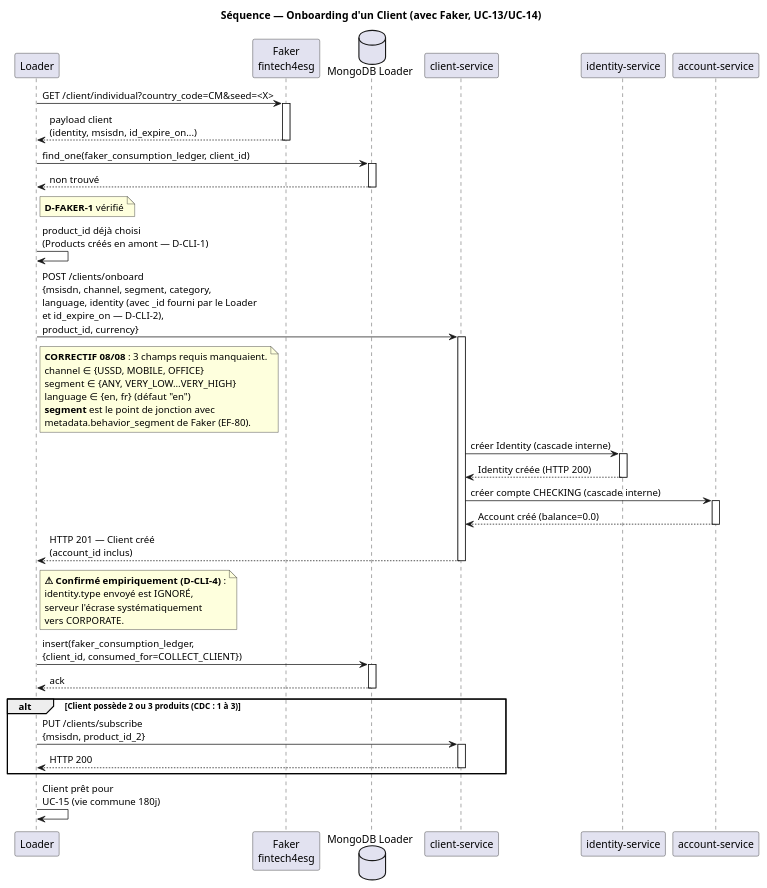
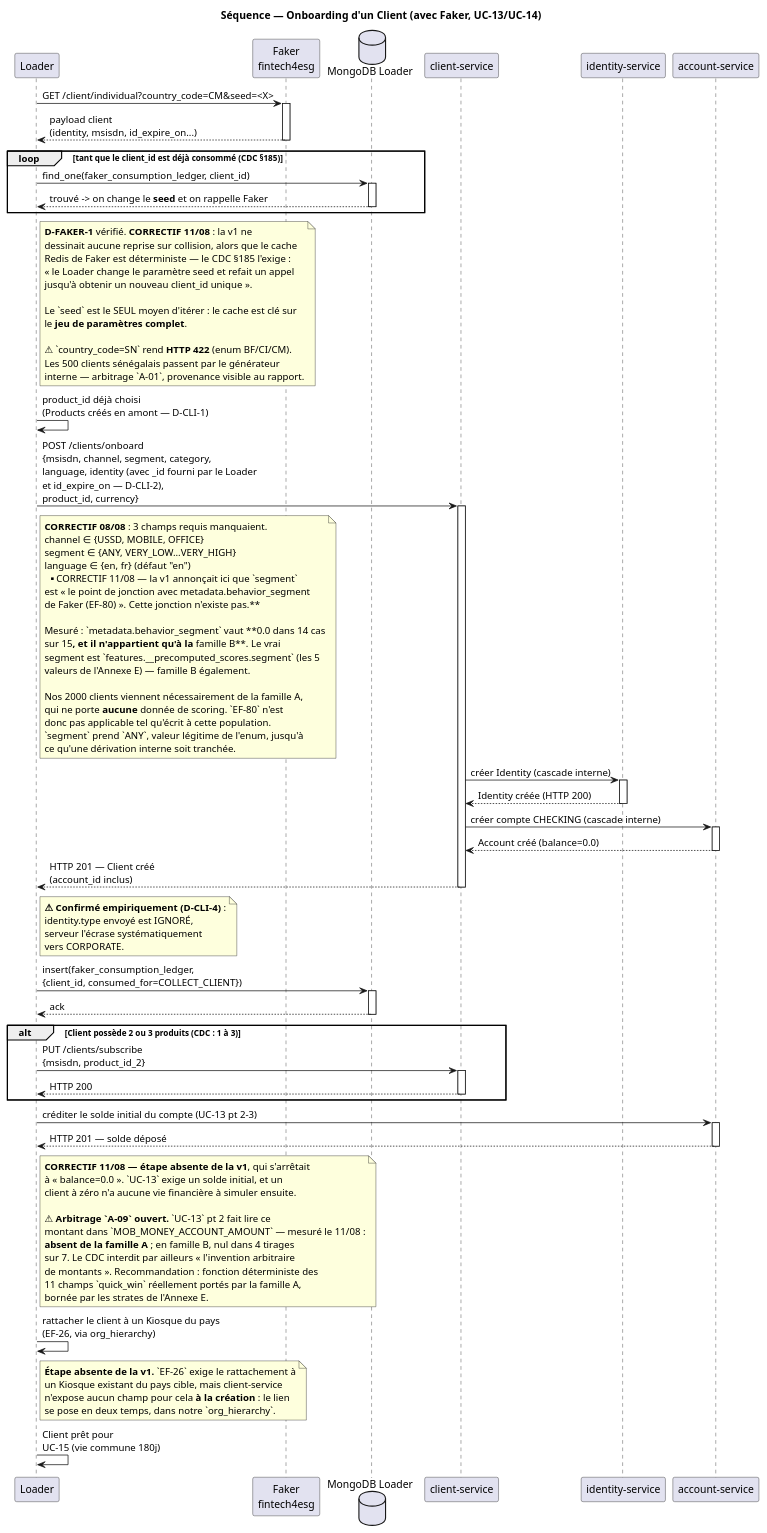
The diagram in docs/reference/uml_diagrams/05_sequence_onboarding.puml (KuateAbdel/simulator-backend-loader), drawn with PlantUML before and after one commit. The commit also changed 3 other files, not shown here.

First line of the commit message:
fix(uml): revue des 5 diagrammes de sequence — un defaut de logique metier

```diff
--- a/docs/reference/uml_diagrams/05_sequence_onboarding.puml
+++ b/docs/reference/uml_diagrams/05_sequence_onboarding.puml
@@ -1,70 +1,124 @@
 @startuml Loader_FinZuu_Sequence_OnboardingClient
 
 title Séquence — Onboarding d'un Client (avec Faker, UC-13/UC-14)
 
 participant "Loader" as LDR
 participant "Faker\nfintech4esg" as FAKER
 database "MongoDB Loader" as DB
 participant "client-service" as CLI
 participant "identity-service" as IDS
 participant "account-service" as ACC
 
 LDR -> FAKER : GET /client/individual?country_code=CM&seed=<X>
 activate FAKER
 FAKER --> LDR : payload client\n(identity, msisdn, id_expire_on...)
 deactivate FAKER
 
-LDR -> DB : find_one(faker_consumption_ledger, client_id)
-activate DB
-DB --> LDR : non trouvé
-deactivate DB
-note right of LDR : **D-FAKER-1** vérifié
+loop tant que le client_id est déjà consommé (CDC §185)
+  LDR -> DB : find_one(faker_consumption_ledger, client_id)
+  activate DB
+  DB --> LDR : trouvé -> on change le **seed** et on rappelle Faker
+  deactivate DB
+end
+note right of LDR
+  **D-FAKER-1** vérifié. **CORRECTIF 11/08** : la v1 ne
+  dessinait aucune reprise sur collision, alors que le cache
+  Redis de Faker est déterministe — le CDC §185 l'exige :
+  « le Loader change le paramètre seed et refait un appel
+  jusqu'à obtenir un nouveau client_id unique ».
+
+  Le `seed` est le SEUL moyen d'itérer : le cache est clé sur
+  le **jeu de paramètres complet**.
+
+  ⚠ `country_code=SN` rend **HTTP 422** (enum BF/CI/CM).
+  Les 500 clients sénégalais passent par le générateur
+  interne — arbitrage `A-01`, provenance visible au rapport.
+end note
 
 LDR -> LDR : product_id déjà choisi\n(Products créés en amont — D-CLI-1)
 
 LDR -> CLI : POST /clients/onboard\n{msisdn, channel, segment, category,\nlanguage, identity (avec _id fourni par le Loader\net id_expire_on — D-CLI-2),\nproduct_id, currency}
 note right of LDR
   **CORRECTIF 08/08** : 3 champs requis manquaient.
   channel ∈ {USSD, MOBILE, OFFICE}
   segment ∈ {ANY, VERY_LOW…VERY_HIGH}
   language ∈ {en, fr} (défaut "en")
-  **segment** est le point de jonction avec
-  metadata.behavior_segment de Faker (EF-80).
+  **CORRECTIF 11/08 — la v1 annonçait ici que `segment`
+  est « le point de jonction avec metadata.behavior_segment
+  de Faker (EF-80) ». Cette jonction n'existe pas.**
+
+  Mesuré : `metadata.behavior_segment` vaut **0.0 dans 14 cas
+  sur 15**, et il n'appartient qu'à la **famille B**. Le vrai
+  segment est `features.__precomputed_scores.segment` (les 5
+  valeurs de l'Annexe E) — famille B également.
+
+  Nos 2000 clients viennent nécessairement de la famille A,
+  qui ne porte **aucune** donnée de scoring. `EF-80` n'est
+  donc pas applicable tel qu'écrit à cette population.
+  `segment` prend `ANY`, valeur légitime de l'enum, jusqu'à
+  ce qu'une dérivation interne soit tranchée.
 end note
 activate CLI
 
 CLI -> IDS : créer Identity (cascade interne)
 activate IDS
 IDS --> CLI : Identity créée (HTTP 200)
 deactivate IDS
 
 CLI -> ACC : créer compte CHECKING (cascade interne)
 activate ACC
 ACC --> CLI : Account créé (balance=0.0)
 deactivate ACC
 
 CLI --> LDR : HTTP 201 — Client créé\n(account_id inclus)
 deactivate CLI
 
 note right of LDR
   **⚠ Confirmé empiriquement (D-CLI-4)** :
   identity.type envoyé est IGNORÉ,
   serveur l'écrase systématiquement
   vers CORPORATE.
 end note
 
 LDR -> DB : insert(faker_consumption_ledger,\n{client_id, consumed_for=COLLECT_CLIENT})
 activate DB
 DB --> LDR : ack
 deactivate DB
 
 alt Client possède 2 ou 3 produits (CDC : 1 à 3)
   LDR -> CLI : PUT /clients/subscribe\n{msisdn, product_id_2}
   activate CLI
   CLI --> LDR : HTTP 200
   deactivate CLI
 end
 
+LDR -> ACC : créditer le solde initial du compte (UC-13 pt 2-3)
+activate ACC
+ACC --> LDR : HTTP 201 — solde déposé
+deactivate ACC
+
+note right of LDR
+  **CORRECTIF 11/08 — étape absente de la v1**, qui s'arrêtait
+  à « balance=0.0 ». `UC-13` exige un solde initial, et un
+  client à zéro n'a aucune vie financière à simuler ensuite.
+
+  ⚠ **Arbitrage `A-09` ouvert.** `UC-13` pt 2 fait lire ce
+  montant dans `MOB_MONEY_ACCOUNT_AMOUNT` — mesuré le 11/08 :
+  **absent de la famille A** ; en famille B, nul dans 4 tirages
+  sur 7. Le CDC interdit par ailleurs « l'invention arbitraire
+  de montants ». Recommandation : fonction déterministe des
+  11 champs `quick_win` réellement portés par la famille A,
+  bornée par les strates de l'Annexe E.
+end note
+
+LDR -> LDR : rattacher le client à un Kiosque du pays\n(EF-26, via org_hierarchy)
+note right of LDR
+  **Étape absente de la v1.** `EF-26` exige le rattachement à
+  un Kiosque existant du pays cible, mais client-service
+  n'expose aucun champ pour cela **à la création** : le lien
+  se pose en deux temps, dans notre `org_hierarchy`.
+end note
+
 LDR -> LDR : Client prêt pour\nUC-15 (vie commune 180j)
 
 @enduml
```
